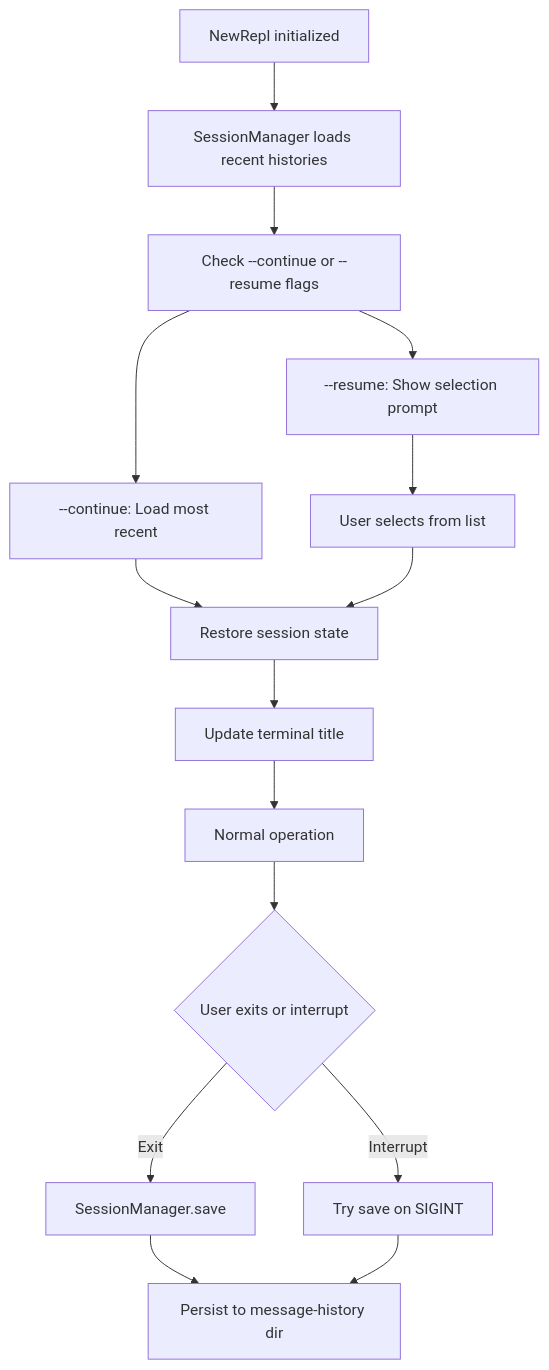
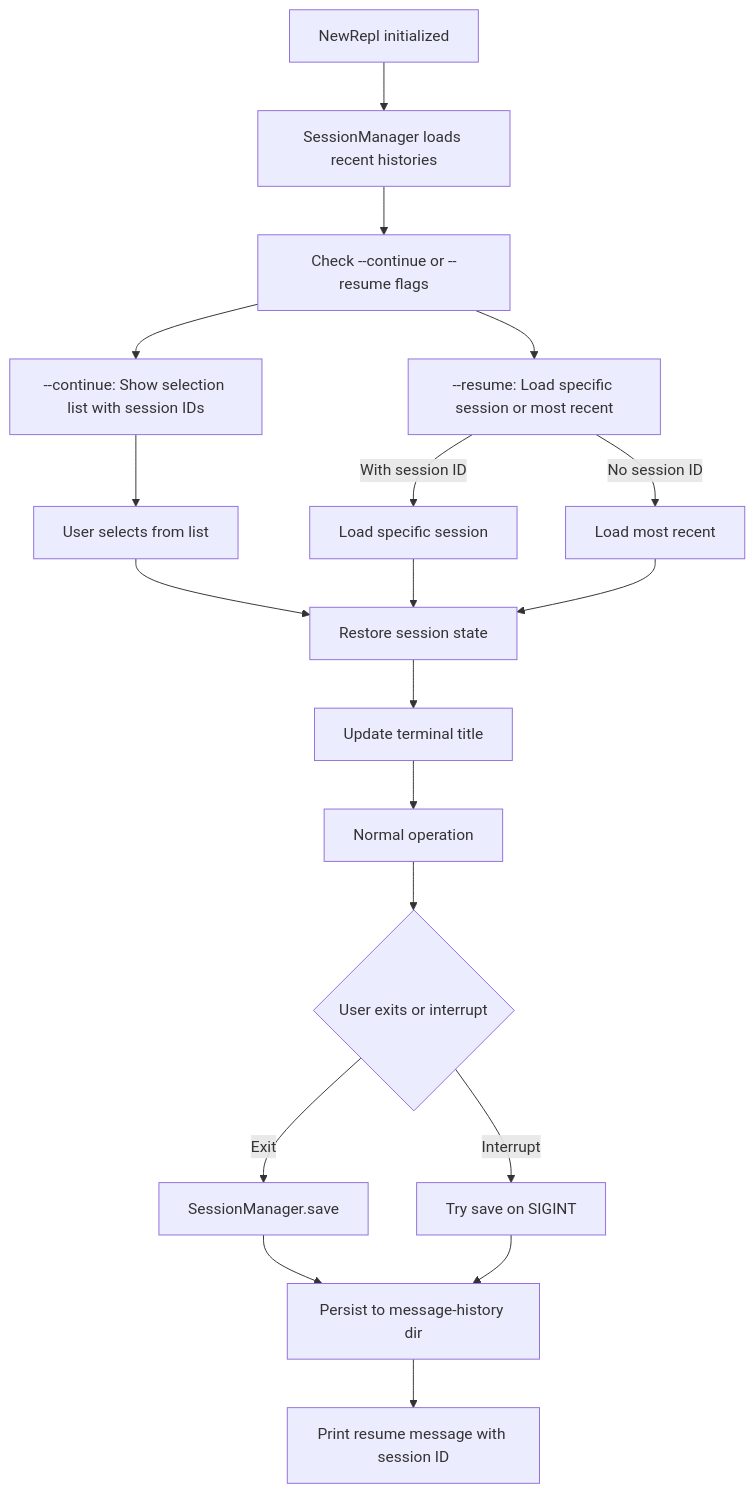
Before and after one commit to travisennis/acai-ts: the fifth of 7 diagrams in ARCHITECTURE.md, drawn with Mermaid. The commit also changed 3 other files, not shown here.

First line of the commit message:
feat(cli): redesign --continue and --resume flags

````diff
--- a/ARCHITECTURE.md
+++ b/ARCHITECTURE.md
@@ -612,17 +612,21 @@
 ```mermaid
 graph TD
   A[NewRepl initialized] --> B[SessionManager loads recent histories]
   B --> C[Check --continue or --resume flags]
-  C --> D[--continue: Load most recent]
-  C --> E[--resume: Show selection prompt]
-  D --> F[Restore session state]
-  E --> G[User selects from list]
-  G --> F
-  F --> H[Update terminal title]
-  H --> I[Normal operation]
-  I --> J{User exits or interrupt}
-  J -->|Exit| K[SessionManager.save]
-  J -->|Interrupt| L[Try save on SIGINT]
-  K --> M[Persist to message-history dir]
-  L --> M
+  C --> D[--continue: Show selection list with session IDs]
+  C --> E[--resume: Load specific session or most recent]
+  D --> F[User selects from list]
+  F --> G[Restore session state]
+  E -->|With session ID| H[Load specific session]
+  E -->|No session ID| I[Load most recent]
+  H --> G
+  I --> G
+  G --> J[Update terminal title]
+  J --> K[Normal operation]
+  K --> L{User exits or interrupt}
+  L -->|Exit| M[SessionManager.save]
+  L -->|Interrupt| N[Try save on SIGINT]
+  M --> O[Persist to message-history dir]
+  N --> O
+  O --> P[Print resume message with session ID]
 ```
````
